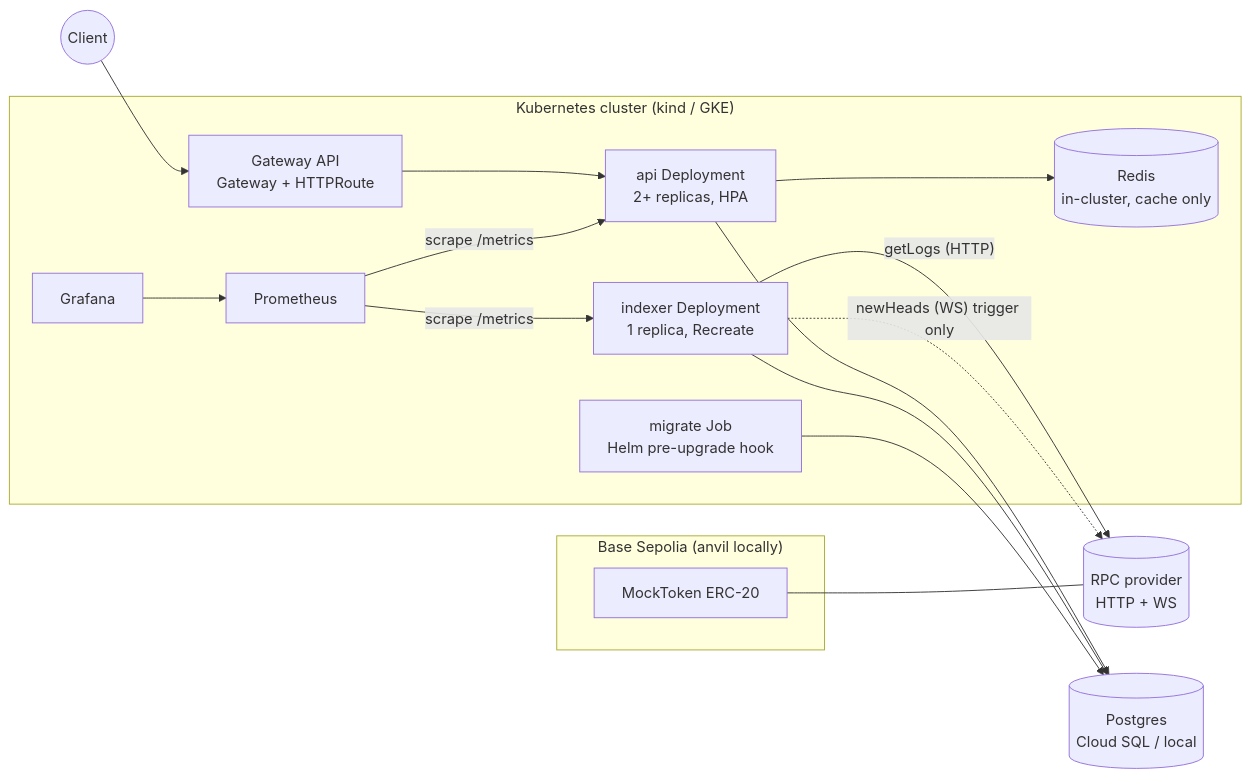
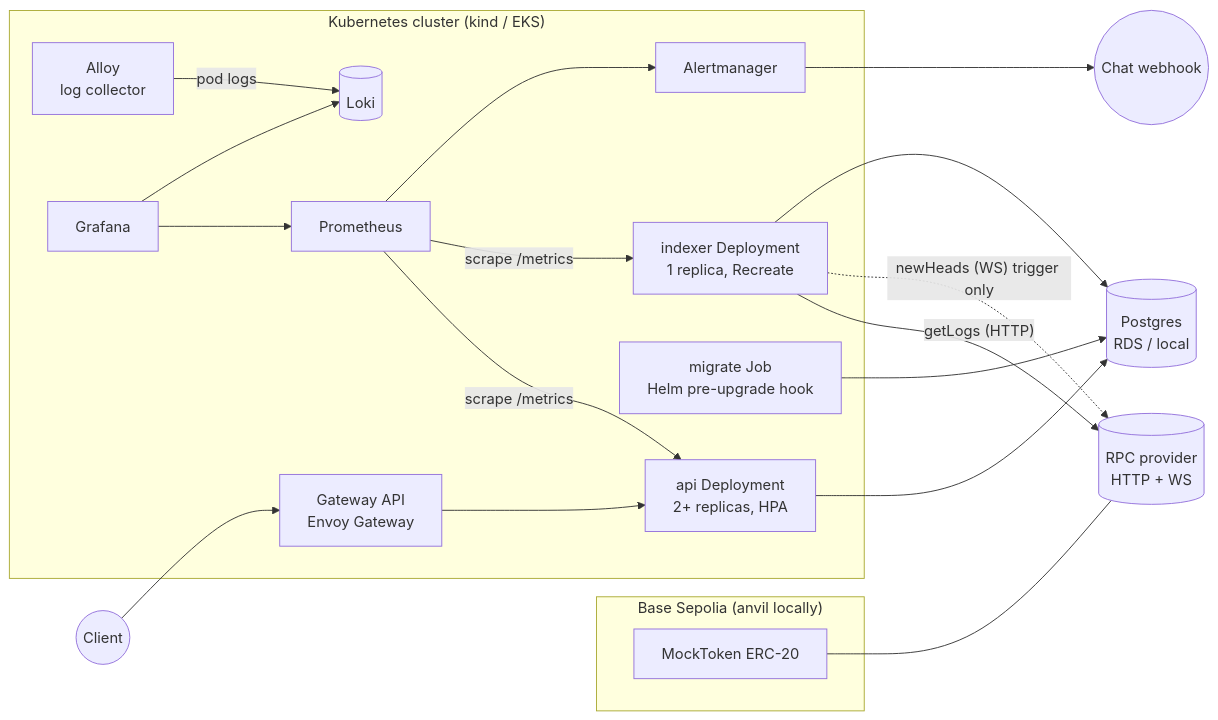
Before and after one commit to roudra323/Gapless: the diagram in docs/02-architecture.md, drawn with Mermaid. The commit also changed other lines of this file and 17 other files, not shown here.

First line of the commit message:
docs: refocus the roadmap on devops and observability

````diff
--- a/docs/02-architecture.md
+++ b/docs/02-architecture.md
@@ -5,31 +5,36 @@
 ```mermaid
 flowchart LR
   subgraph Chain["Base Sepolia (anvil locally)"]
     T[MockToken ERC-20]
   end
   RPC[(RPC provider<br/>HTTP + WS)]
   T --- RPC
 
-  subgraph K8s["Kubernetes cluster (kind / GKE)"]
-    GW[Gateway API<br/>Gateway + HTTPRoute]
+  subgraph K8s["Kubernetes cluster (kind / EKS)"]
+    GW[Gateway API<br/>Envoy Gateway]
     API[api Deployment<br/>2+ replicas, HPA]
     IDX[indexer Deployment<br/>1 replica, Recreate]
     MIG[migrate Job<br/>Helm pre-upgrade hook]
-    RD[(Redis<br/>in-cluster, cache only)]
     PROM[Prometheus]
+    AM[Alertmanager]
+    ALLOY[Alloy<br/>log collector]
+    LOKI[(Loki)]
     GRAF[Grafana]
   end
 
-  PG[(Postgres<br/>Cloud SQL / local)]
+  PG[(Postgres<br/>RDS / local)]
+  CHAT((Chat webhook))
 
   User((Client)) --> GW --> API
-  API --> RD
   API --> PG
   IDX -- "getLogs (HTTP)" --> RPC
   IDX -. "newHeads (WS) trigger only" .-> RPC
   IDX --> PG
   MIG --> PG
   PROM -- scrape /metrics --> API
   PROM -- scrape /metrics --> IDX
+  PROM --> AM --> CHAT
+  ALLOY -- pod logs --> LOKI
   GRAF --> PROM
+  GRAF --> LOKI
 ```
````
